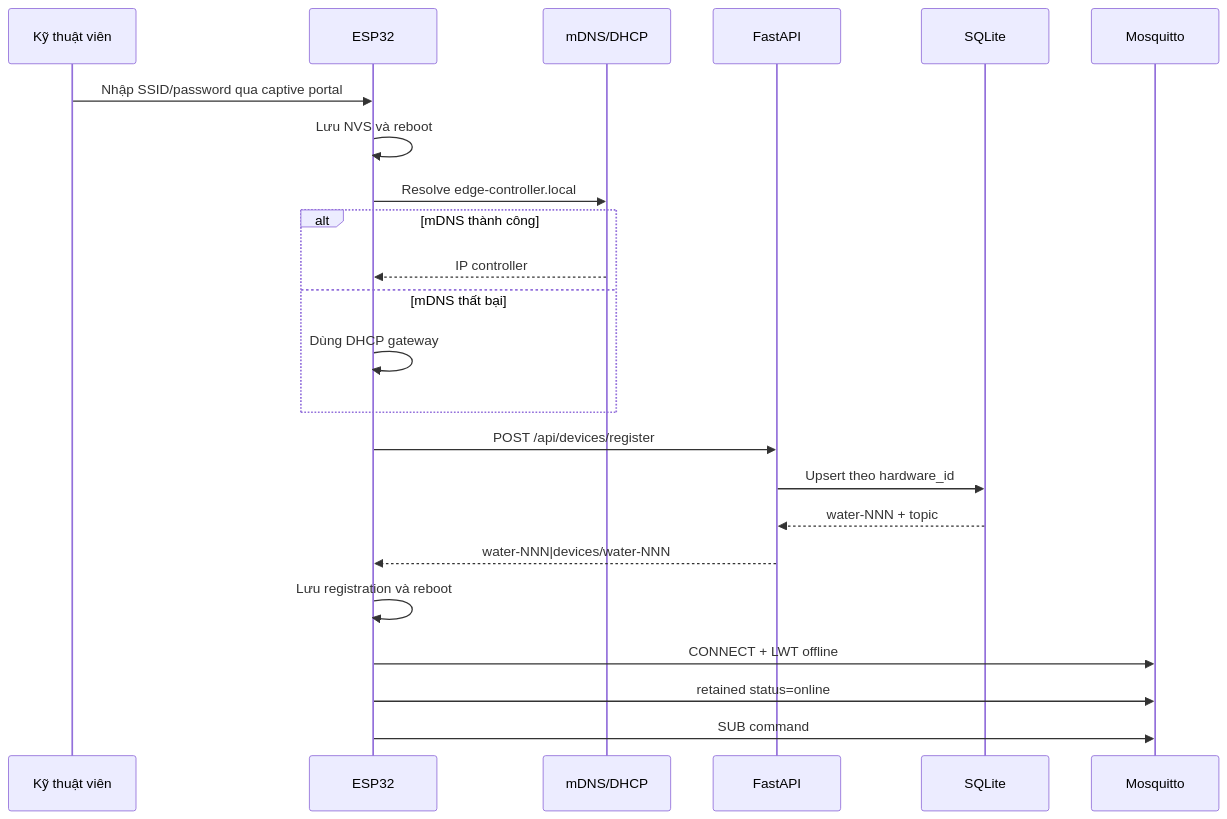
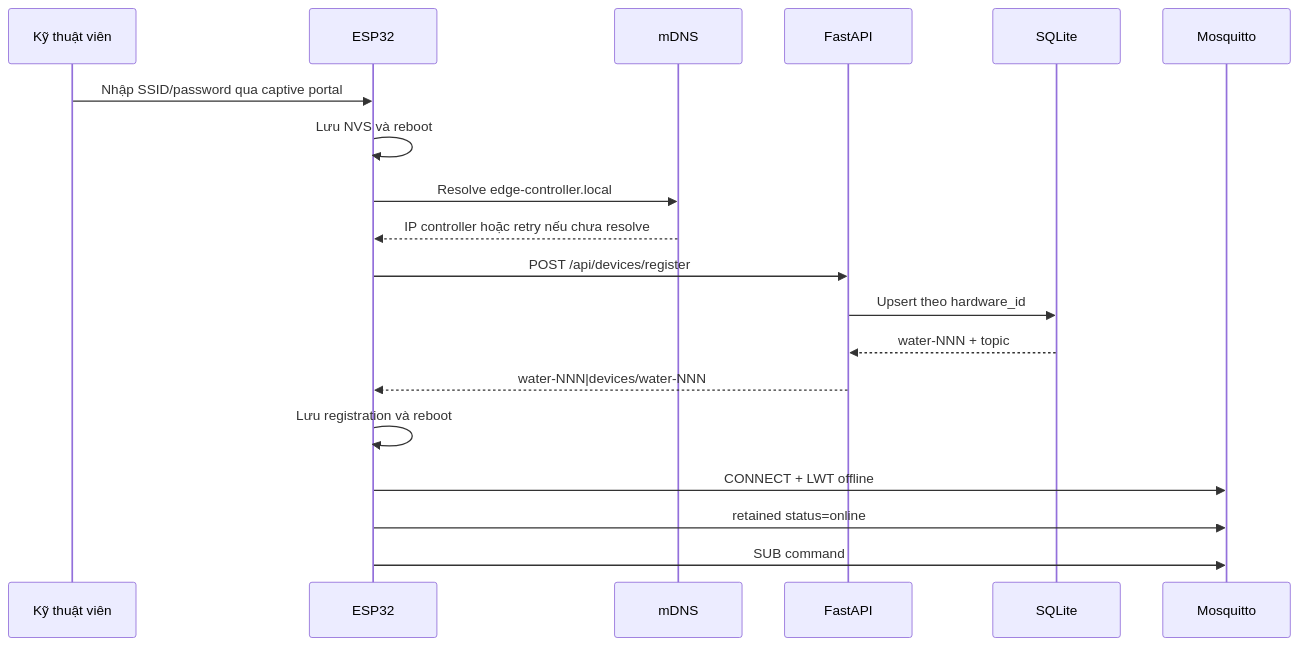
The third of 4 diagrams in BAO_CAO_KY_THUAT.md (agu4004/edge_flood_detection), drawn with Mermaid before and after one commit. The commit also changed other lines of this file and 8 other files, not shown here.

````diff
--- a/BAO_CAO_KY_THUAT.md
+++ b/BAO_CAO_KY_THUAT.md
@@ -480,26 +478,22 @@
 ```mermaid
 sequenceDiagram
     participant U as Kỹ thuật viên
     participant E as ESP32
-    participant D as mDNS/DHCP
+    participant D as mDNS
     participant C as FastAPI
     participant S as SQLite
     participant M as Mosquitto
 
     U->>E: Nhập SSID/password qua captive portal
     E->>E: Lưu NVS và reboot
     E->>D: Resolve edge-controller.local
-    alt mDNS thành công
-        D-->>E: IP controller
-    else mDNS thất bại
-        E->>E: Dùng DHCP gateway
-    end
+    D-->>E: IP controller hoặc retry nếu chưa resolve
     E->>C: POST /api/devices/register
     C->>S: Upsert theo hardware_id
     S-->>C: water-NNN + topic
     C-->>E: water-NNN|devices/water-NNN
     E->>E: Lưu registration và reboot
     E->>M: CONNECT + LWT offline
     E->>M: retained status=online
     E->>M: SUB command
 ```
````
